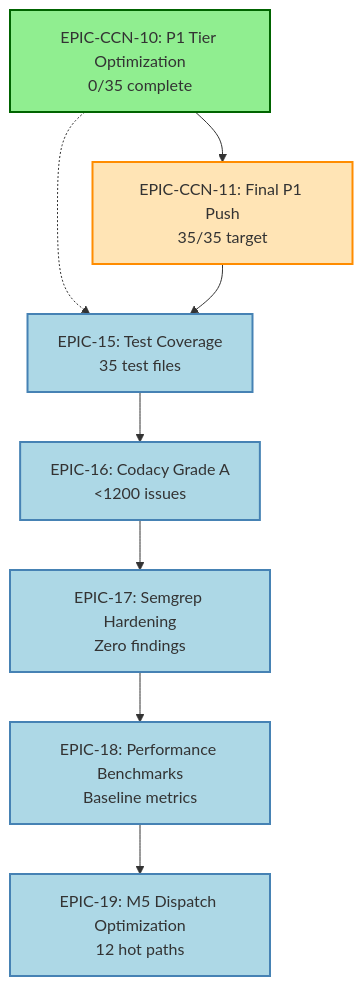
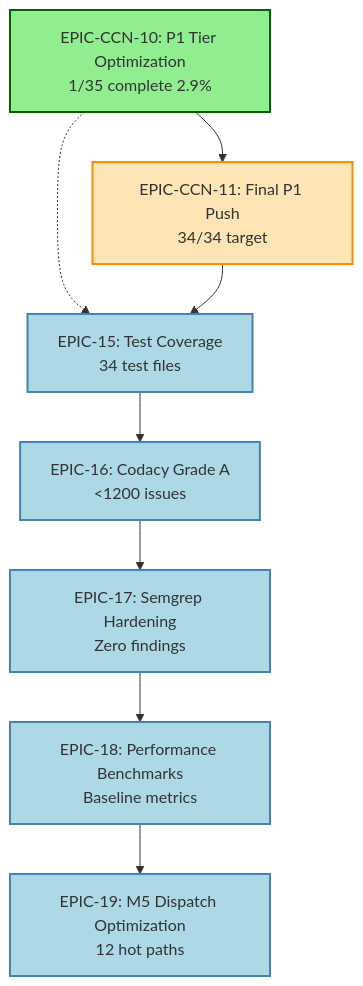
One commit to antigravityos187-sketch/universal-or-strategy changed the diagram in docs/brain/MASTER_ORCHESTRATION_PLAN.md. Above: the diagram before and after it, drawn with Mermaid. The commit also changed other lines of this file and 10 other files, not shown here.

First line of the commit message:
docs: EPIC-CCN-10 P1 completion - ProcessOnOrderUpdate (CYC 21→12)

````diff
--- a/docs/brain/MASTER_ORCHESTRATION_PLAN.md
+++ b/docs/brain/MASTER_ORCHESTRATION_PLAN.md
@@ -140,26 +151,26 @@
 ```mermaid
 graph TD
-    CCN10[EPIC-CCN-10: P1 Tier Optimization<br/>0/35 complete]
-    CCN11[EPIC-CCN-11: Final P1 Push<br/>35/35 target]
-    E15[EPIC-15: Test Coverage<br/>35 test files]
+    CCN10[EPIC-CCN-10: P1 Tier Optimization<br/>1/35 complete 2.9%]
+    CCN11[EPIC-CCN-11: Final P1 Push<br/>34/34 target]
+    E15[EPIC-15: Test Coverage<br/>34 test files]
     E16[EPIC-16: Codacy Grade A<br/><1200 issues]
     E17[EPIC-17: Semgrep Hardening<br/>Zero findings]
     E18[EPIC-18: Performance Benchmarks<br/>Baseline metrics]
     E19[EPIC-19: M5 Dispatch Optimization<br/>12 hot paths]
     
     CCN10 --> CCN11
     CCN10 -.-> E15
     CCN11 --> E15
     E15 --> E16
     E16 --> E17
     E17 --> E18
     E18 --> E19
     
     style CCN10 fill:#90EE90,stroke:#006400,stroke-width:2px
     style CCN11 fill:#FFE4B5,stroke:#FF8C00,stroke-width:2px
     style E15 fill:#ADD8E6,stroke:#4682B4,stroke-width:2px
     style E16 fill:#ADD8E6,stroke:#4682B4,stroke-width:2px
     style E17 fill:#ADD8E6,stroke:#4682B4,stroke-width:2px
     style E18 fill:#ADD8E6,stroke:#4682B4,stroke-width:2px
     style E19 fill:#ADD8E6,stroke:#4682B4,stroke-width:2px
 ```
````
